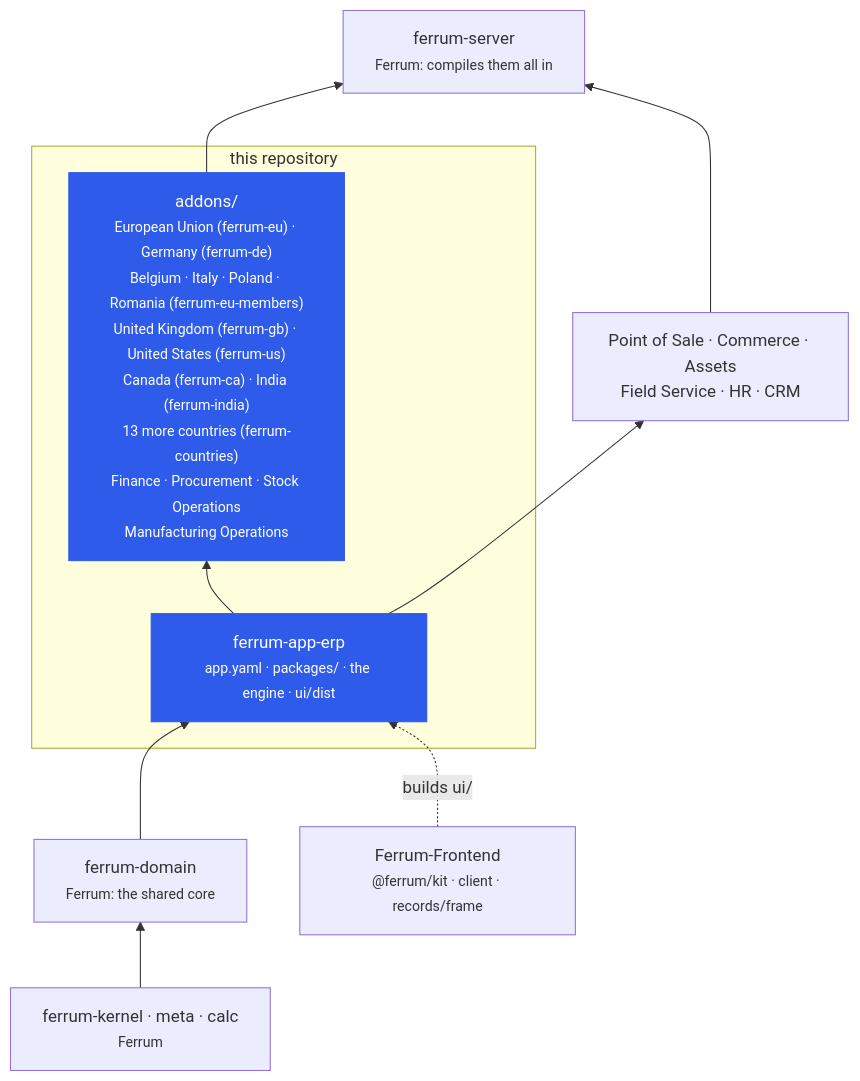
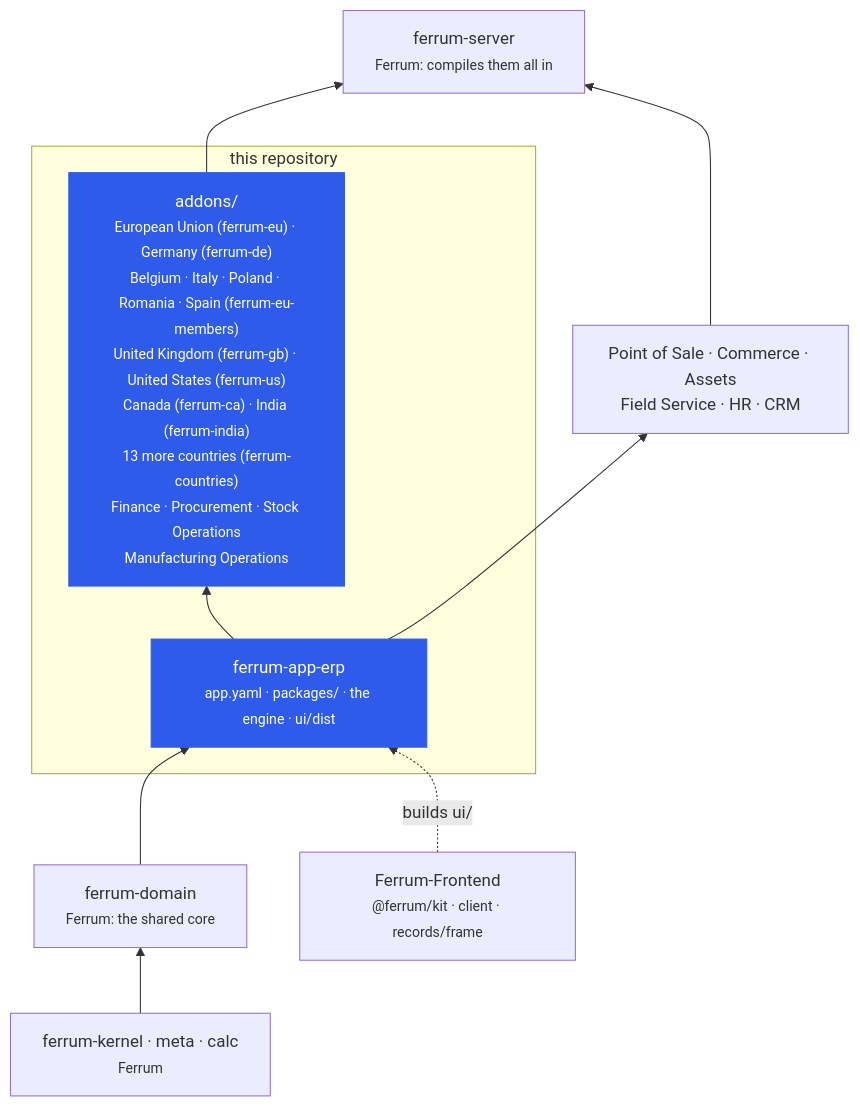
One commit to CBFerrum/ferrum-app-erp changed the third of 3 diagrams in README.md. Above: the diagram before and after it, drawn with Mermaid. The commit also changed other lines of this file, not shown here.

Commit message:
README: Spain (VERI*FACTU invoicing records, the recargo de equivalencia) in ferrum-eu-members

````diff
--- a/README.md
+++ b/README.md
@@ -212,20 +213,20 @@
 ```mermaid
 flowchart BT
     KER["ferrum-kernel · meta · calc<br/><small>Ferrum</small>"]
     CORE["ferrum-domain<br/><small>Ferrum: the shared core</small>"]
     subgraph REPO["this repository"]
         APP["ferrum-app-erp<br/><small>app.yaml · packages/ · the engine · ui/dist</small>"]
-        ADD["addons/<br/><small>European Union (ferrum-eu) · Germany (ferrum-de)<br/>Belgium · Italy · Poland · Romania (ferrum-eu-members)<br/>United Kingdom (ferrum-gb) · United States (ferrum-us)<br/>Canada (ferrum-ca) · India (ferrum-india)<br/>13 more countries (ferrum-countries)<br/>Finance · Procurement · Stock Operations<br/>Manufacturing Operations</small>"]
+        ADD["addons/<br/><small>European Union (ferrum-eu) · Germany (ferrum-de)<br/>Belgium · Italy · Poland · Romania · Spain (ferrum-eu-members)<br/>United Kingdom (ferrum-gb) · United States (ferrum-us)<br/>Canada (ferrum-ca) · India (ferrum-india)<br/>13 more countries (ferrum-countries)<br/>Finance · Procurement · Stock Operations<br/>Manufacturing Operations</small>"]
     end
     APPS["Point of Sale · Commerce · Assets<br/>Field Service · HR · CRM"]
     SRV["ferrum-server<br/><small>Ferrum: compiles them all in</small>"]
     FE["Ferrum-Frontend<br/><small>@ferrum/kit · client · records/frame</small>"]
     KER --> CORE --> APP
     APP --> ADD
     APP --> APPS
     ADD --> SRV
     APPS --> SRV
     FE -. builds ui/ .-> APP
     classDef erp fill:#2f5bea,color:#fff,stroke:#2f5bea
     class APP,ADD erp
 ```
````
